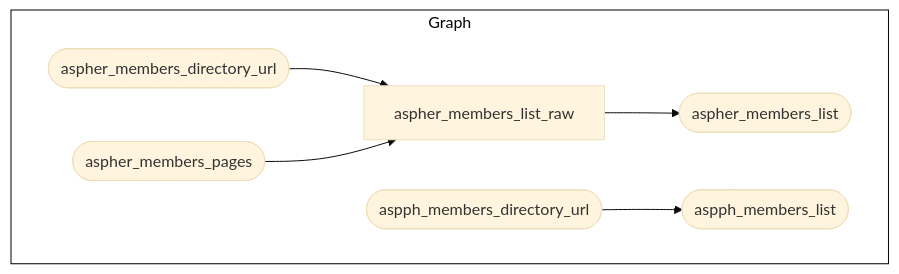
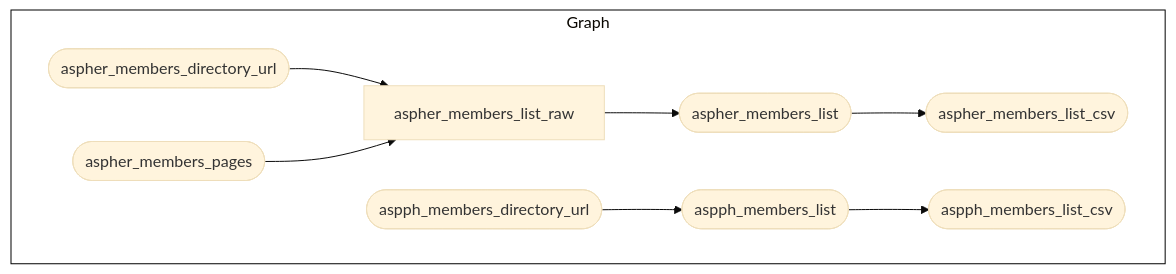
Before and after one commit to OxfordIHTM/spph-review: the first of 3 diagrams in README.md, drawn with Mermaid (base theme). The commit also changed other lines of this file and 3 other files, not shown here.

````diff
--- a/README.md
+++ b/README.md
@@ -168,12 +171,14 @@
 ``` mermaid
 graph LR
   style Graph fill:#FFFFFF00,stroke:#000000;
   subgraph Graph
     direction LR
     x5f8756e1a2c66304["aspher_members_list_raw"]:::uptodate --> x98bc0d118cd6ec5b(["aspher_members_list"]):::uptodate
+    x98bc0d118cd6ec5b(["aspher_members_list"]):::uptodate --> x9f70c79a0bf573bd(["aspher_members_list_csv"]):::uptodate
     x81884105d0e1a01e(["aspher_members_directory_url"]):::uptodate --> x5f8756e1a2c66304["aspher_members_list_raw"]:::uptodate
     x1e4c94ade0e7c48a(["aspher_members_pages"]):::uptodate --> x5f8756e1a2c66304["aspher_members_list_raw"]:::uptodate
     x6267feaba0bf3932(["aspph_members_directory_url"]):::uptodate --> xae9f694dc6961767(["aspph_members_list"]):::uptodate
+    xae9f694dc6961767(["aspph_members_list"]):::uptodate --> x7ce096f62d60bfd7(["aspph_members_list_csv"]):::uptodate
     
   end
 ```
````
